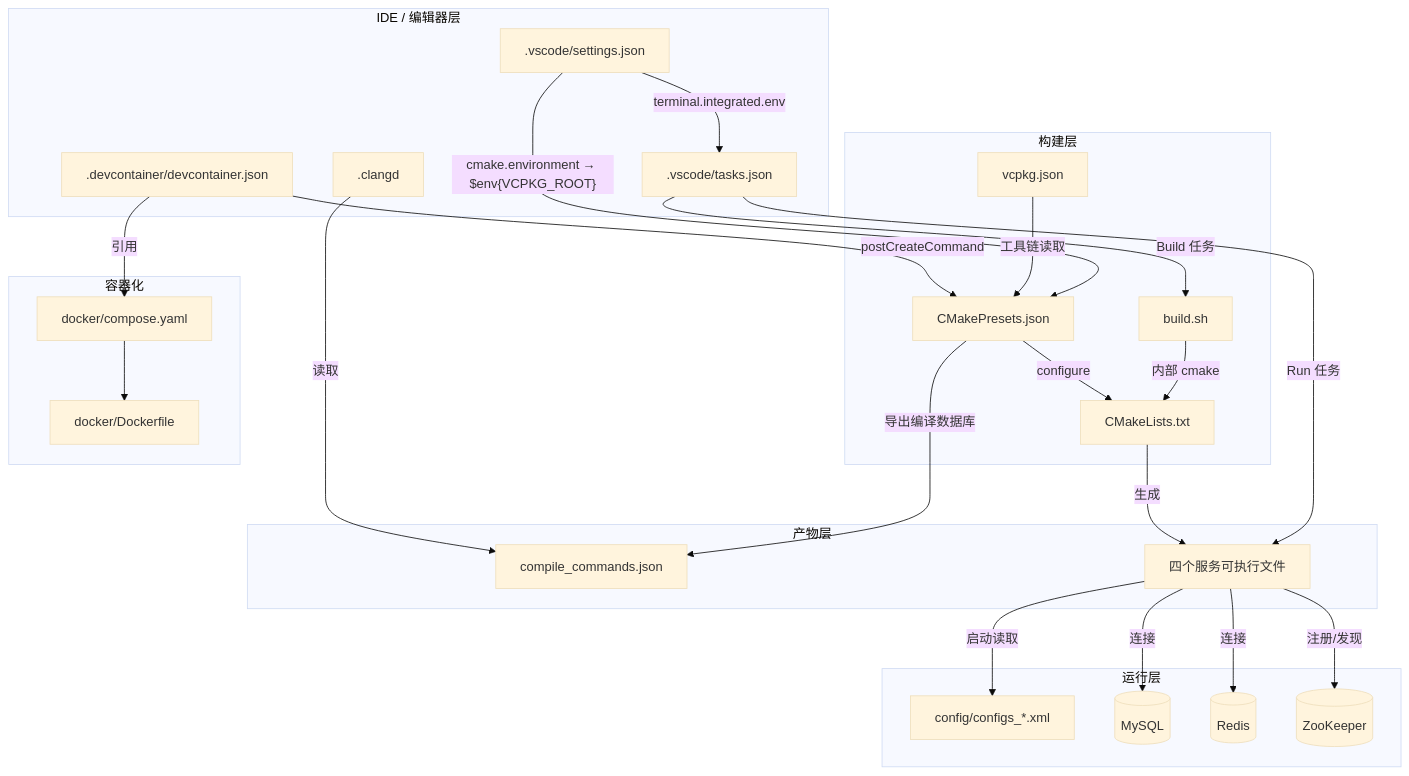
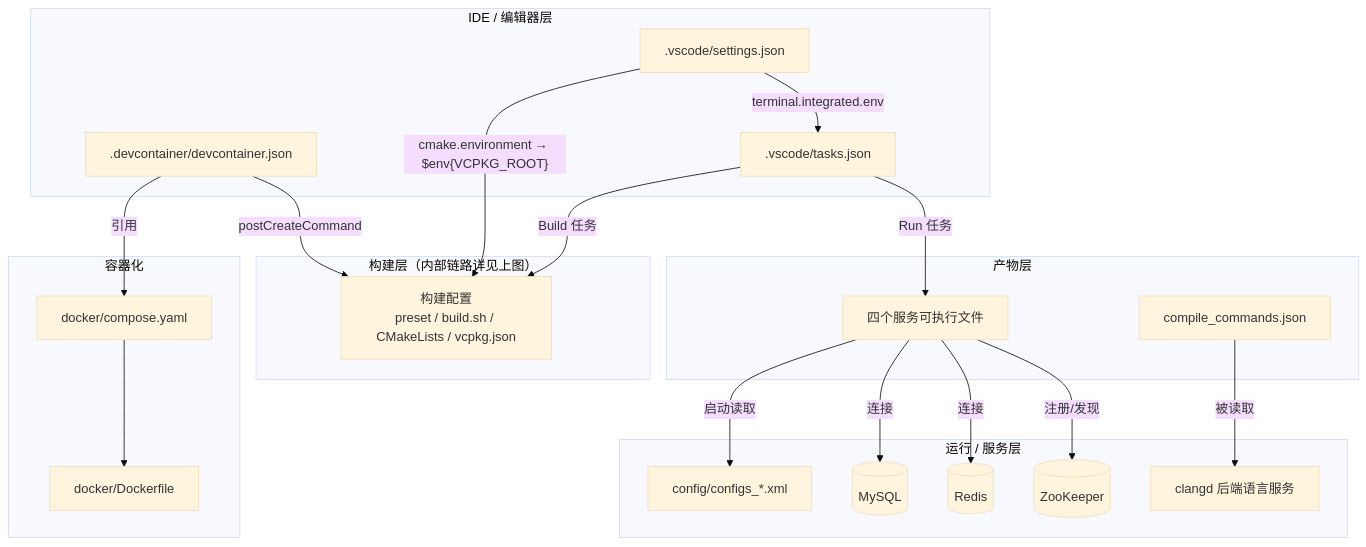
One commit to MYMarcoreus/GameServer changed the second of 2 diagrams in doc/config-files.md. Above: the diagram before and after it, drawn with Mermaid (base theme). The commit also changed other lines of this file, not shown here.

Commit message:
重构配置文件依赖关系图：编号标注在数据流边上并补充命令对照表

````diff
--- a/doc/config-files.md
+++ b/doc/config-files.md
@@ -61,62 +90,43 @@
 ```mermaid
 graph TB
     subgraph IDE["IDE / 编辑器层"]
         SETTINGS[".vscode/settings.json"]
         TASKS[".vscode/tasks.json"]
-        CLANGD[".clangd"]
         DEVCONTAINER[".devcontainer/devcontainer.json"]
     end
 
-    subgraph BUILD["构建层"]
-        PRESET["CMakePresets.json"]
-        SCRIPT["build.sh"]
-        CMAKELISTS["CMakeLists.txt"]
-        MANIFEST["vcpkg.json"]
+    subgraph BUILD["构建层（内部链路详见上图）"]
+        BUILD_CFG["构建配置<br/>preset / build.sh / CMakeLists / vcpkg.json"]
     end
 
     subgraph PRODUCT["产物层"]
         DB["compile_commands.json"]
         EXE["四个服务可执行文件"]
     end
 
-    subgraph RUN["运行层"]
+    subgraph RUN["运行 / 服务层"]
         XML["config/configs_*.xml"]
         MYSQL[("MySQL")]
         REDIS[("Redis")]
         ZK[("ZooKeeper")]
+        CLANGD["clangd 后端语言服务"]
     end
 
     subgraph DOCKER["容器化"]
         COMPOSE["docker/compose.yaml"]
         DOCKERFILE["docker/Dockerfile"]
     end
 
-    %% settings 注入
-    SETTINGS -->|"cmake.environment → $env{VCPKG_ROOT}"| PRESET
     SETTINGS -->|"terminal.integrated.env"| TASKS
-
-    %% tasks 调用
-    TASKS -->|"Build 任务"| SCRIPT
     TASKS -->|"Run 任务"| EXE
-
-    %% 构建链路
-    MANIFEST -->|"工具链读取"| PRESET
-    SCRIPT -->|"内部 cmake"| CMAKELISTS
-    PRESET -->|"configure"| CMAKELISTS
-    CMAKELISTS -->|"生成"| EXE
-    PRESET -->|"导出编译数据库"| DB
-
-    %% clangd
-    CLANGD -->|"读取"| DB
-
-    %% 运行时
     EXE -->|"启动读取"| XML
+    DB -->|"被读取"| CLANGD
     EXE -->|"连接"| MYSQL
     EXE -->|"连接"| REDIS
     EXE -->|"注册/发现"| ZK
-
-    %% 容器化
     DEVCONTAINER -->|"引用"| COMPOSE
+    DEVCONTAINER -->|"postCreateCommand"| BUILD_CFG
+    SETTINGS -->|"cmake.environment → $env{VCPKG_ROOT}"| BUILD_CFG
+    TASKS -->|"Build 任务"| BUILD_CFG
     COMPOSE --> DOCKERFILE
-    DEVCONTAINER -->|"postCreateCommand"| PRESET
 ```
````
